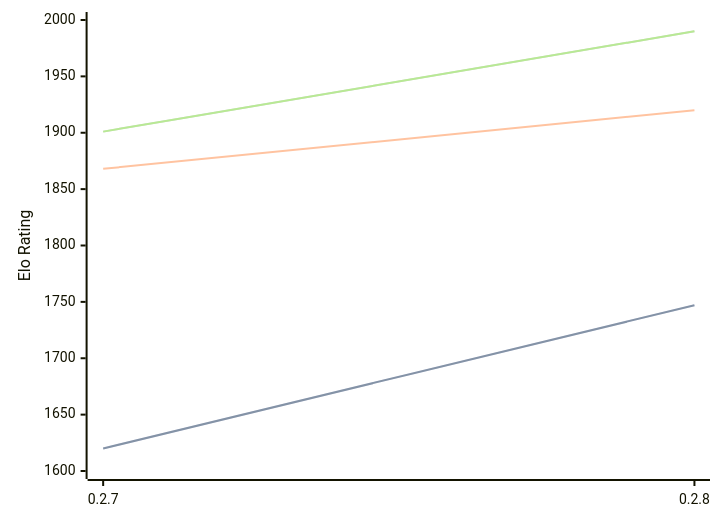
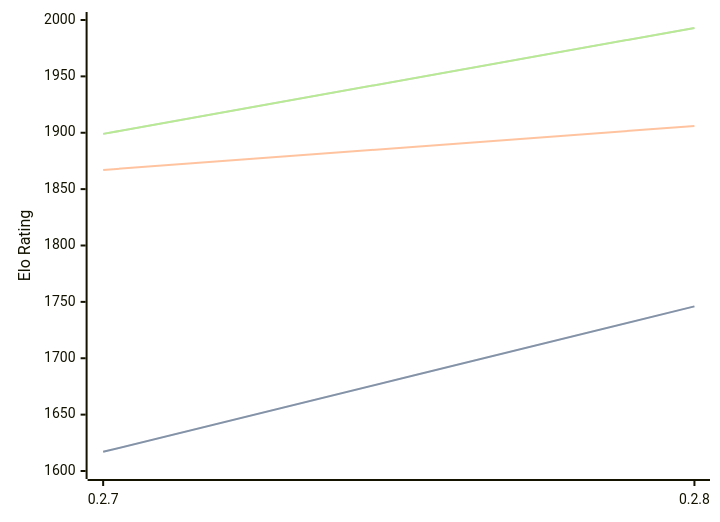
Before and after one commit to computer-chess-index/cci: the diagram in engines/Dual.md, drawn with Mermaid. The commit also changed other lines of this file, not shown here.

Commit message:
Update CCI Ratings (ELO VLTC) - 2026-05-18

````diff
--- a/engines/Dual.md
+++ b/engines/Dual.md
@@ -40,11 +40,11 @@
 ```mermaid
 %%{init: {"theme":"base","themeVariables":{"seriesColors:['#a3a3a3','#222221','#faa371']}}}%%
 xychart-beta
   x-axis ["0.2.7", "0.2.8"]
   y-axis "Elo Rating" 1600 --> 2000
-  line "STC (8.0+0.08s)" [1620, 1747]
-  line "STC (8.0+0.08s)" [1620, 1747]
-  line "LTC (60.0+0.60s)" [1868, 1920]
-  line "VLTC (2m24s+1.12s)" [1901, 1990]
-  line "VLTC (2m24s+1.12s)" [1901, 1990]
+  line "STC (8.0+0.08s)" [1617, 1746]
+  line "STC (8.0+0.08s)" [1617, 1746]
+  line "LTC (60.0+0.60s)" [1867, 1906]
+  line "VLTC (2m24s+1.12s)" [1899, 1993]
+  line "VLTC (2m24s+1.12s)" [1899, 1993]
 ```
````
